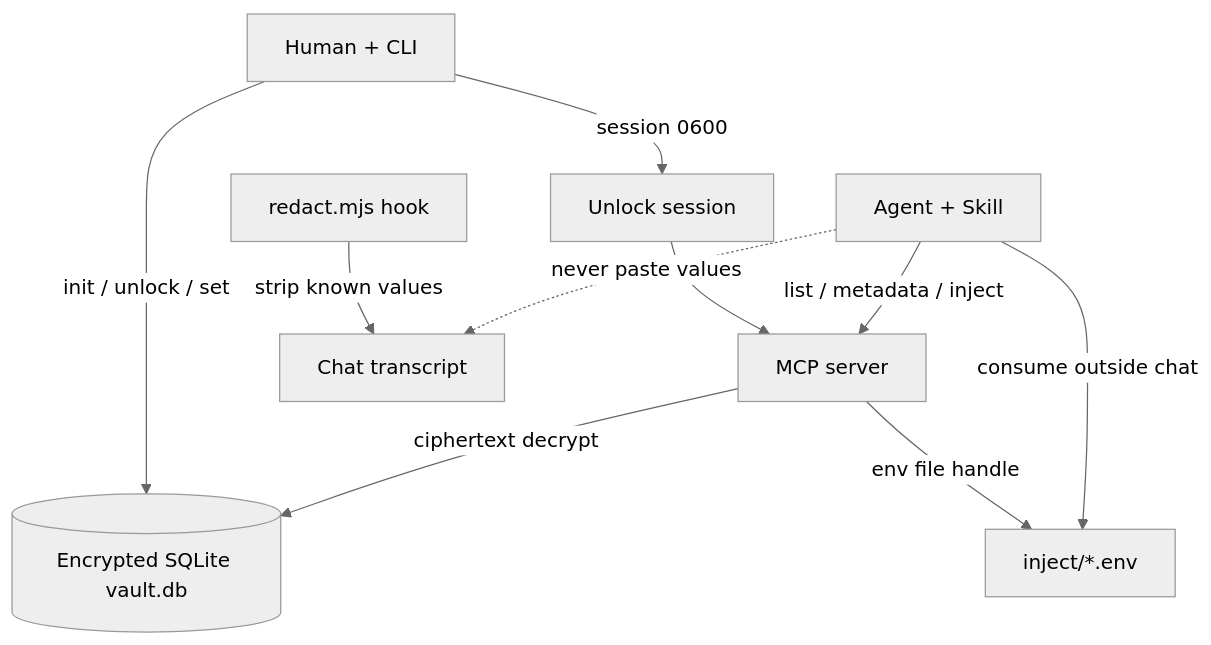
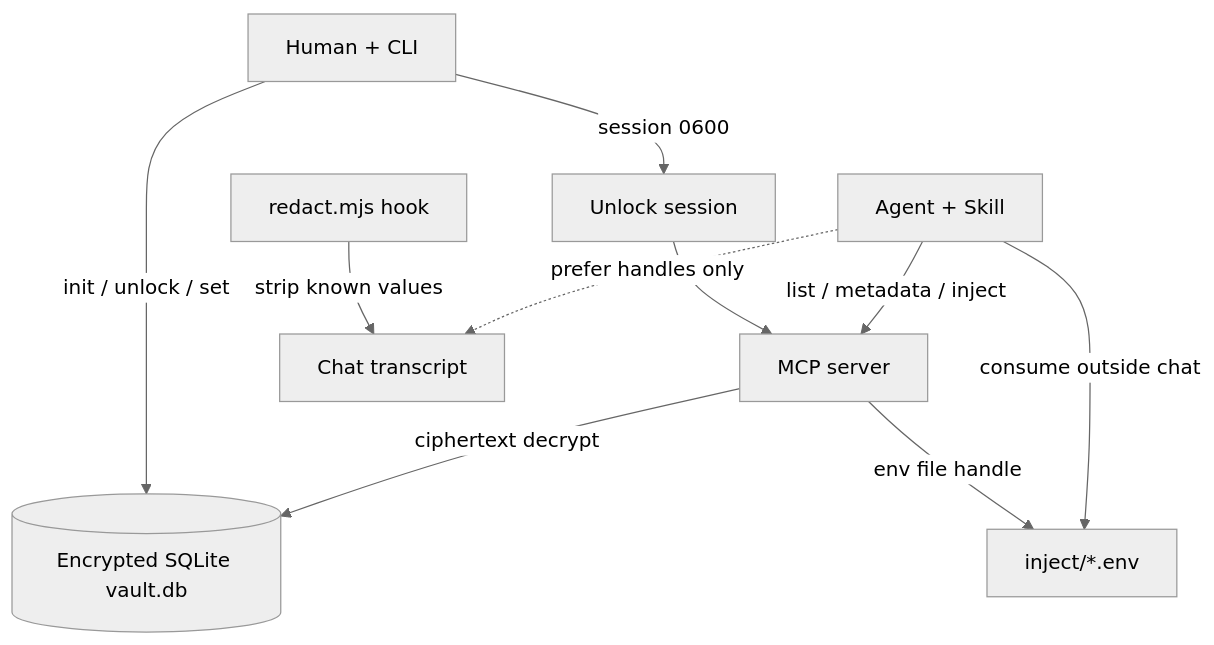
Before and after one commit to vishnutvm/password-space: the diagram in README.md, drawn with Mermaid (neutral theme). The commit also changed other lines of this file and 1 other file, not shown here.

````diff
--- a/README.md
+++ b/README.md
@@ -99,12 +179,12 @@
 ```mermaid
 flowchart TB
   Human[Human + CLI] -->|init / unlock / set| Vault[(Encrypted SQLite vault.db)]
   Human -->|session 0600| Session[Unlock session]
   Session --> MCP[MCP server]
   Agent[Agent + Skill] -->|list / metadata / inject| MCP
   MCP -->|ciphertext decrypt| Vault
   MCP -->|env file handle| Inject[inject/*.env]
   Agent -->|consume outside chat| Inject
   Hook[redact.mjs hook] -->|strip known values| Chat[Chat transcript]
-  Agent -.->|never paste values| Chat
+  Agent -.->|prefer handles only| Chat
 ```
````
